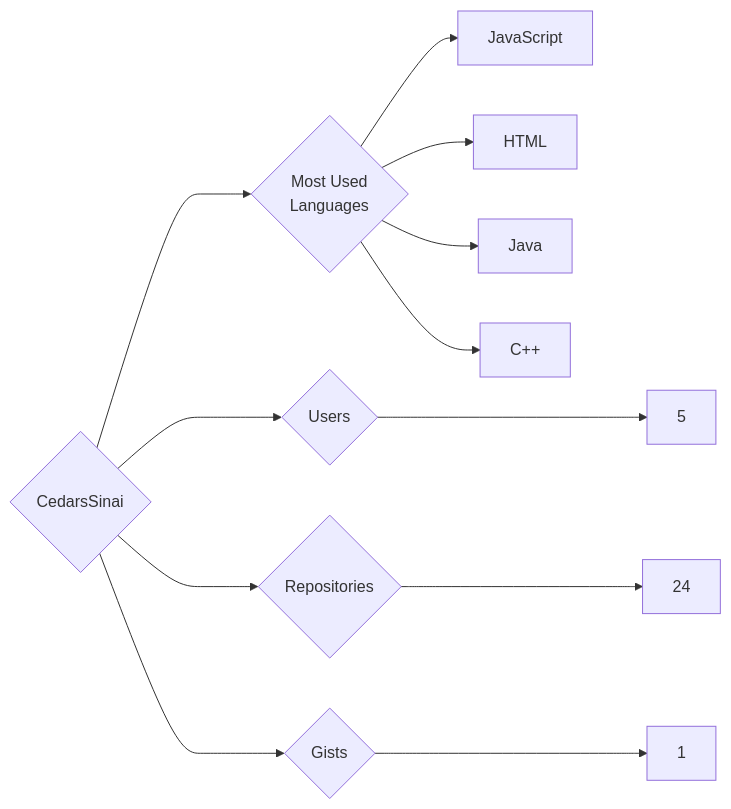
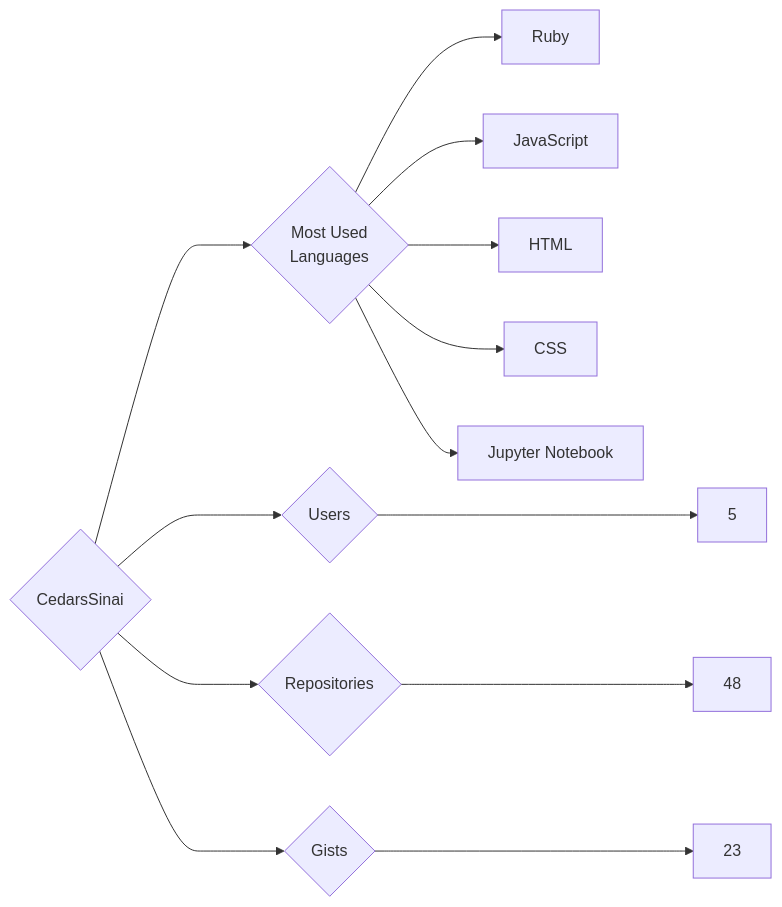
The diagram in targets/CedarsSinai/README.md (trickest/insiders), drawn with Mermaid before and after one commit. The commit also changed 1170 other files, not shown here.

````diff
--- a/targets/CedarsSinai/README.md
+++ b/targets/CedarsSinai/README.md
@@ -3,12 +3,13 @@
 ```mermaid
 graph LR
 COMPANY_NAME{CedarsSinai}
 COMPANY_NAME ---> U{Users} ---> UN[5]
-COMPANY_NAME ---> R{Repositories} ---> RN[24]
-COMPANY_NAME ---> G{Gists} ---> GN[1]
+COMPANY_NAME ---> R{Repositories} ---> RN[48]
+COMPANY_NAME ---> G{Gists} ---> GN[23]
 COMPANY_NAME ---> ML{Most Used<br>Languages}
+ML --> Ruby[Ruby]
 ML --> JavaScript[JavaScript]
 ML --> HTML[HTML]
-ML --> Java[Java]
-ML --> C++[C++]
+ML --> CSS[CSS]
+ML --> Jupyter_Notebook[Jupyter Notebook]
 ```
````
